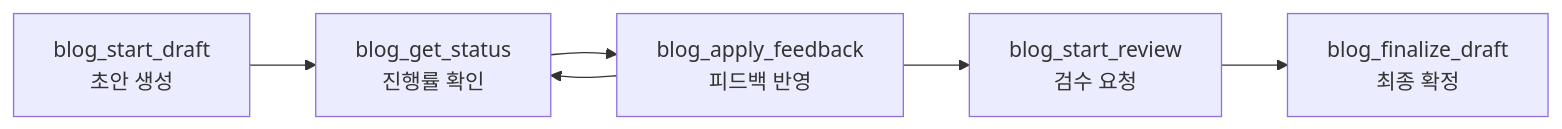
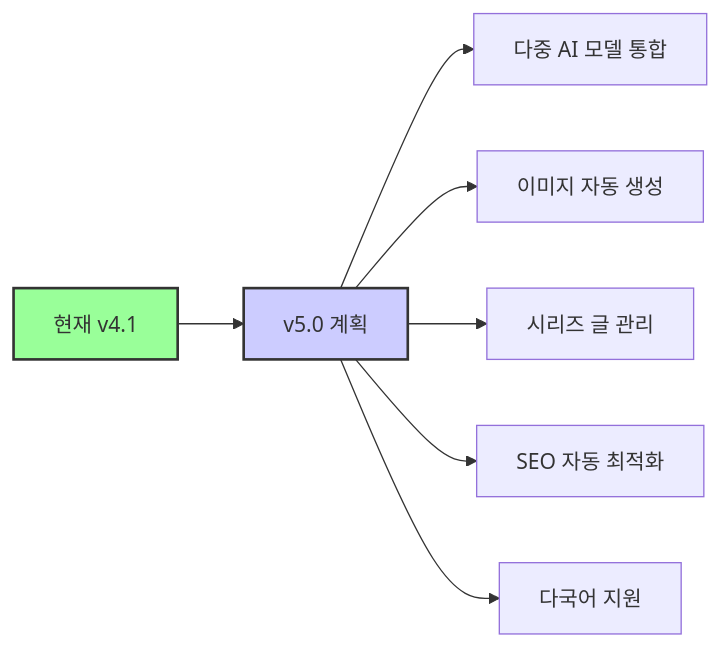
The ninth of 9 diagrams in _posts/2026-02-06-blog-generator-mcp-개발기.md (jiwon11/jiwon11.github.io), drawn with Mermaid before and after one commit. The commit also changed other lines of this file and 4 other files, not shown here.

````diff
--- a/_posts/2026-02-06-blog-generator-mcp-개발기.md
+++ b/_posts/2026-02-06-blog-generator-mcp-개발기.md
@@ -137,8 +507,12 @@
 ```mermaid
 flowchart LR
-    A[blog_start_draft<br/>초안 생성] --> B[blog_get_status<br/>진행률 확인]
-    B --> C[blog_apply_feedback<br/>피드백 반영]
-    C --> B
-    C --> D[blog_start_review<br/>검수 요청]
-    D --> E[blog_finalize_draft<br/>최종 확정]
+    A[현재 v4.1] --> B[v5.0 계획]
+    B --> C[다중 AI 모델 통합]
+    B --> D[이미지 자동 생성]
+    B --> E[시리즈 글 관리]
+    B --> F[SEO 자동 최적화]
+    B --> G[다국어 지원]
+
+    style A fill:#9f9,stroke:#333,stroke-width:2px
+    style B fill:#ccf,stroke:#333,stroke-width:2px
 ```
````
